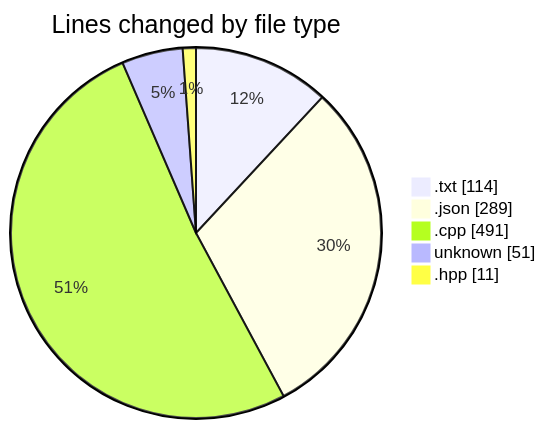
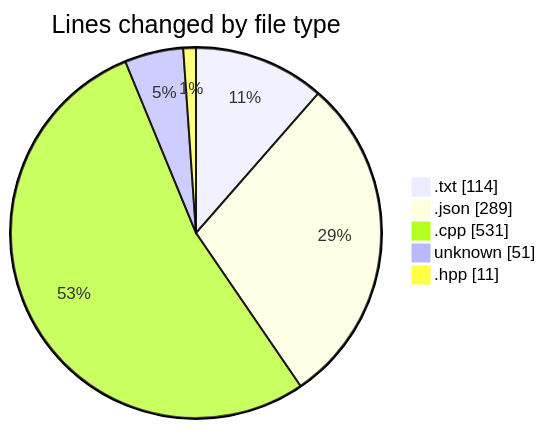
The first of 2 diagrams in 2025-04-07/echo/README.md (Netris89/code-tracking), drawn with Mermaid before and after one commit. The commit also changed other lines of this file and 1 other file, not shown here.

````diff
--- a/2025-04-07/echo/README.md
+++ b/2025-04-07/echo/README.md
@@ -26,9 +27,9 @@
 ```mermaid
 pie showData
 title Lines changed by file type
 ".txt" : 114
 ".json" : 289
-".cpp" : 491
+".cpp" : 531
 "unknown" : 51
 ".hpp" : 11
 ```
````
